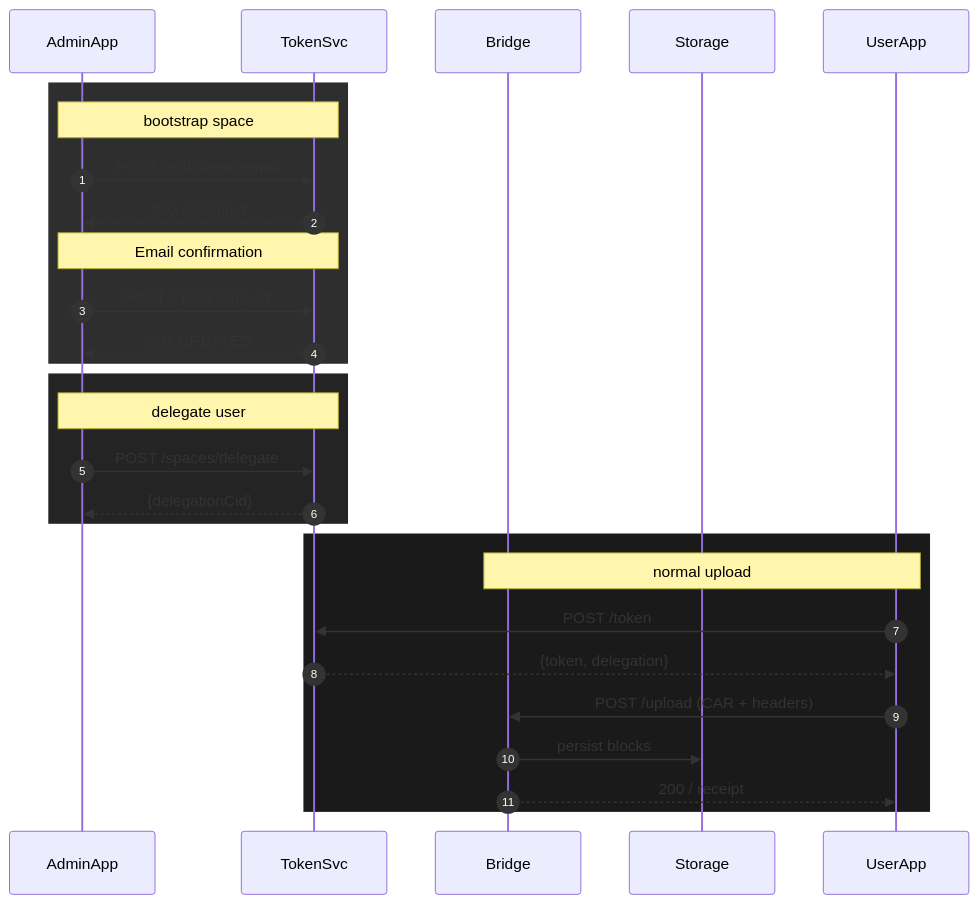
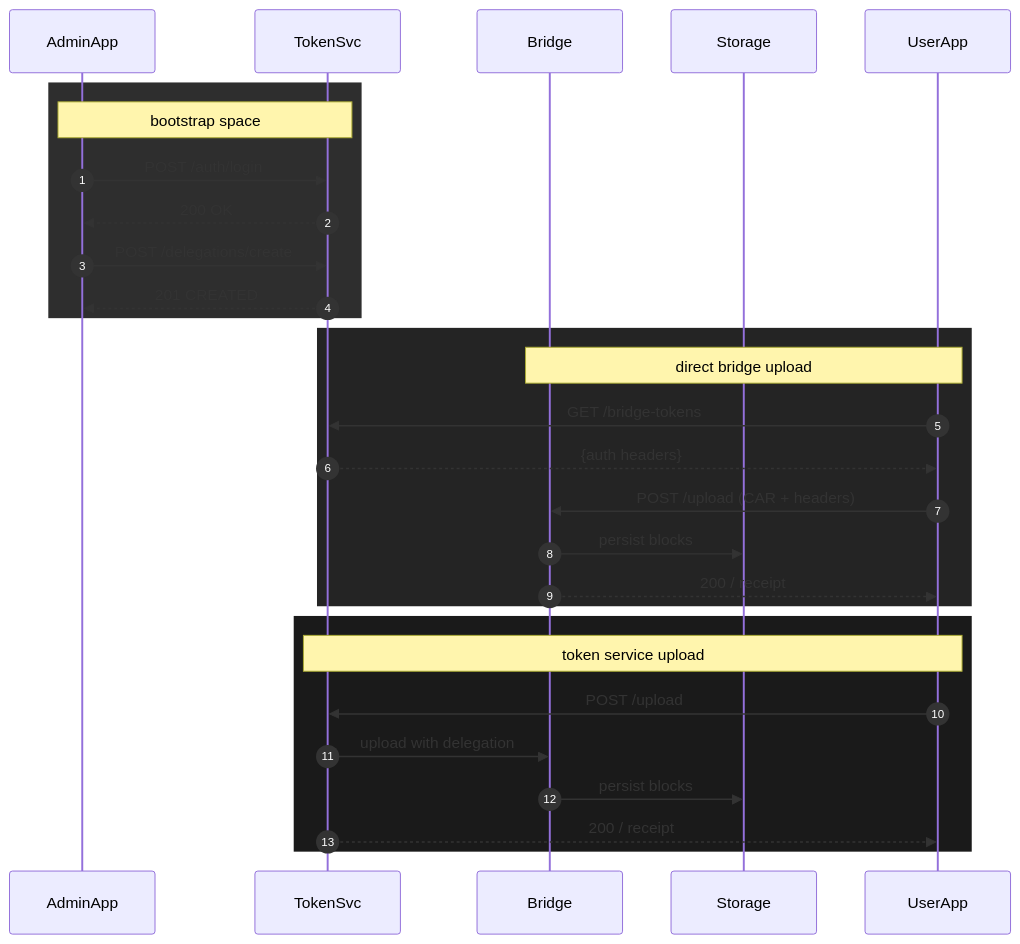
The second of 2 diagrams in README.md (hyphacoop/save-storacha), drawn with Mermaid before and after one commit. The commit also changed other lines of this file, not shown here.

````diff
--- a/README.md
+++ b/README.md
@@ -239,33 +154,34 @@
 ```mermaid
 sequenceDiagram
     autonumber
     participant AdminApp
     participant TokenSvc
     participant Bridge
     participant Storage
     participant UserApp
 
     rect rgb(46,46,46)
         note over AdminApp,TokenSvc: bootstrap space
-        AdminApp->>TokenSvc: POST /auth/login/:email
-        TokenSvc-->>AdminApp: 202 Accepted
-        Note over AdminApp,TokenSvc: Email confirmation
-        AdminApp->>TokenSvc: POST /spaces/import
+        AdminApp->>TokenSvc: POST /auth/login
+        TokenSvc-->>AdminApp: 200 OK
+        AdminApp->>TokenSvc: POST /delegations/create
         TokenSvc-->>AdminApp: 201 CREATED
     end
 
     rect rgb(36,36,36)
-        note over AdminApp,TokenSvc: delegate user
-        AdminApp->>TokenSvc: POST /spaces/delegate
-        TokenSvc-->>AdminApp: {delegationCid}
-    end
-
-    rect rgb(26,26,26)
-        note over UserApp,Bridge: normal upload
-        UserApp ->> TokenSvc: POST /token
-        TokenSvc-->>UserApp: {token, delegation}
+        note over UserApp,Bridge: direct bridge upload
+        UserApp ->> TokenSvc: GET /bridge-tokens
+        TokenSvc-->>UserApp: {auth headers}
         UserApp ->> Bridge: POST /upload (CAR + headers)
         Bridge  ->> Storage: persist blocks
         Bridge  -->> UserApp: 200 / receipt
     end
+
+    rect rgb(26,26,26)
+        note over UserApp,TokenSvc: token service upload
+        UserApp ->> TokenSvc: POST /upload
+        TokenSvc ->> Bridge: upload with delegation
+        Bridge  ->> Storage: persist blocks
+        TokenSvc -->> UserApp: 200 / receipt
+    end
 ```
````
